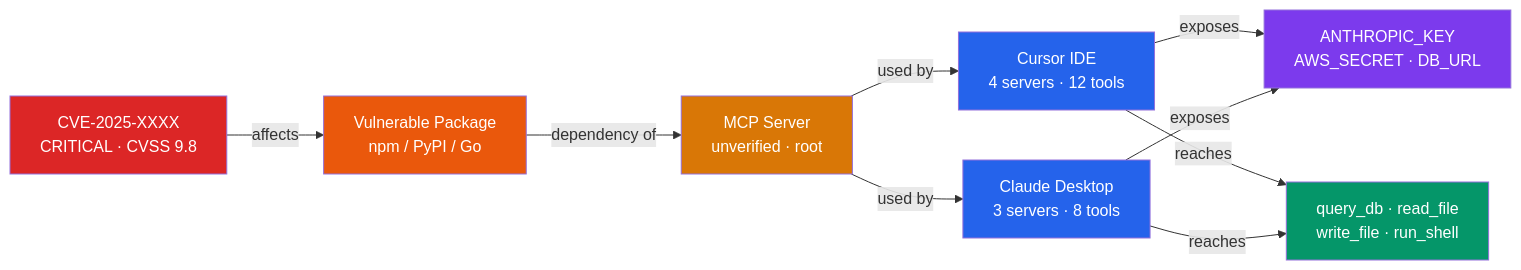
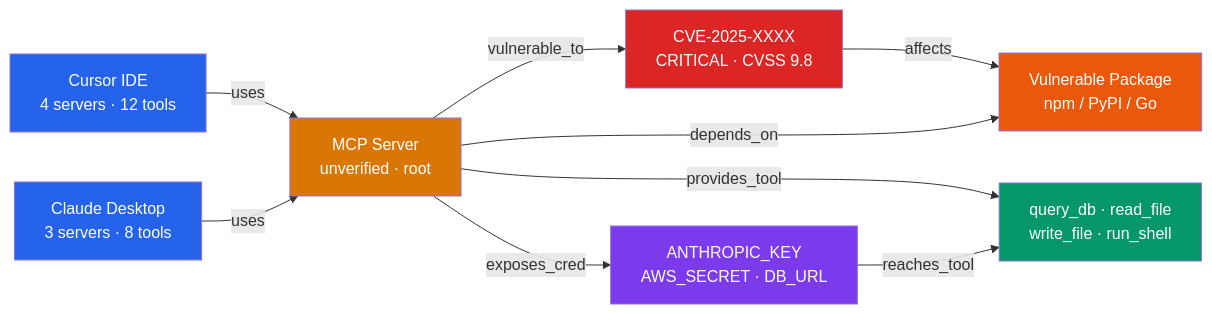
One commit to Rish-2006/agent-bom changed the third of 5 diagrams in docs/ARCHITECTURE.md. Above: the diagram before and after it, drawn with Mermaid. The commit also changed other lines of this file and 16 other files, not shown here.

First line of the commit message:
[codex] fix release-readiness graph, proxy, and docs audit blockers (#2284)

````diff
--- a/docs/ARCHITECTURE.md
+++ b/docs/ARCHITECTURE.md
@@ -130,26 +133,28 @@
 ```mermaid
 graph LR
     CVE["CVE-2025-XXXX\nCRITICAL · CVSS 9.8"]
     PKG["Vulnerable Package\nnpm / PyPI / Go"]
     SRV["MCP Server\nunverified · root"]
 
     AGT1["Cursor IDE\n4 servers · 12 tools"]
     AGT2["Claude Desktop\n3 servers · 8 tools"]
 
     CRED["ANTHROPIC_KEY\nAWS_SECRET · DB_URL"]
     TOOL["query_db · read_file\nwrite_file · run_shell"]
 
     CVE -->|affects| PKG
-    PKG -->|dependency of| SRV
-    SRV -->|used by| AGT1 & AGT2
-    AGT1 & AGT2 -->|exposes| CRED
-    AGT1 & AGT2 -->|reaches| TOOL
+    SRV -->|depends_on| PKG
+    SRV -->|vulnerable_to| CVE
+    AGT1 & AGT2 -->|uses| SRV
+    SRV -->|exposes_cred| CRED
+    SRV -->|provides_tool| TOOL
+    CRED -->|reaches_tool| TOOL
 
     style CVE fill:#dc2626,color:#fff
     style PKG fill:#ea580c,color:#fff
     style SRV fill:#d97706,color:#fff
     style AGT1 fill:#2563eb,color:#fff
     style AGT2 fill:#2563eb,color:#fff
     style CRED fill:#7c3aed,color:#fff
     style TOOL fill:#059669,color:#fff
 ```
````
